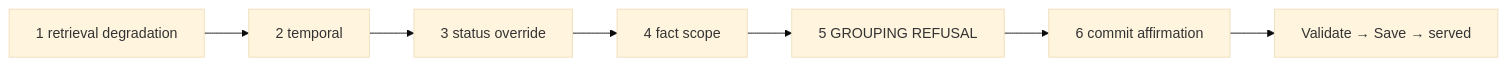
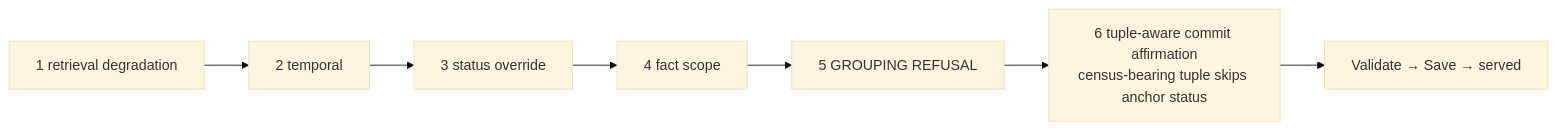
Diagram 20 of 24 in docs/design/context-fabric-architecture-diagrams.md (full-chaos/dev-health-acr), drawn with Mermaid (base theme) before and after one commit. The commit also changed other lines of this file and 86 other files, not shown here.

````diff
--- a/docs/design/context-fabric-architecture-diagrams.md
+++ b/docs/design/context-fabric-architecture-diagrams.md
@@ -2160,6 +2160,6 @@
 ```mermaid
 flowchart LR
     RD["1 retrieval degradation"] --> TL["2 temporal"] --> SO["3 status override"]
-    SO --> FS["4 fact scope"] --> GR["5 GROUPING REFUSAL"] --> CA["6 commit affirmation"]
+    SO --> FS["4 fact scope"] --> GR["5 GROUPING REFUSAL"] --> CA["6 tuple-aware commit affirmation<br/>census-bearing tuple skips anchor status"]
     CA --> V["Validate → Save → served"]
 ```
````
